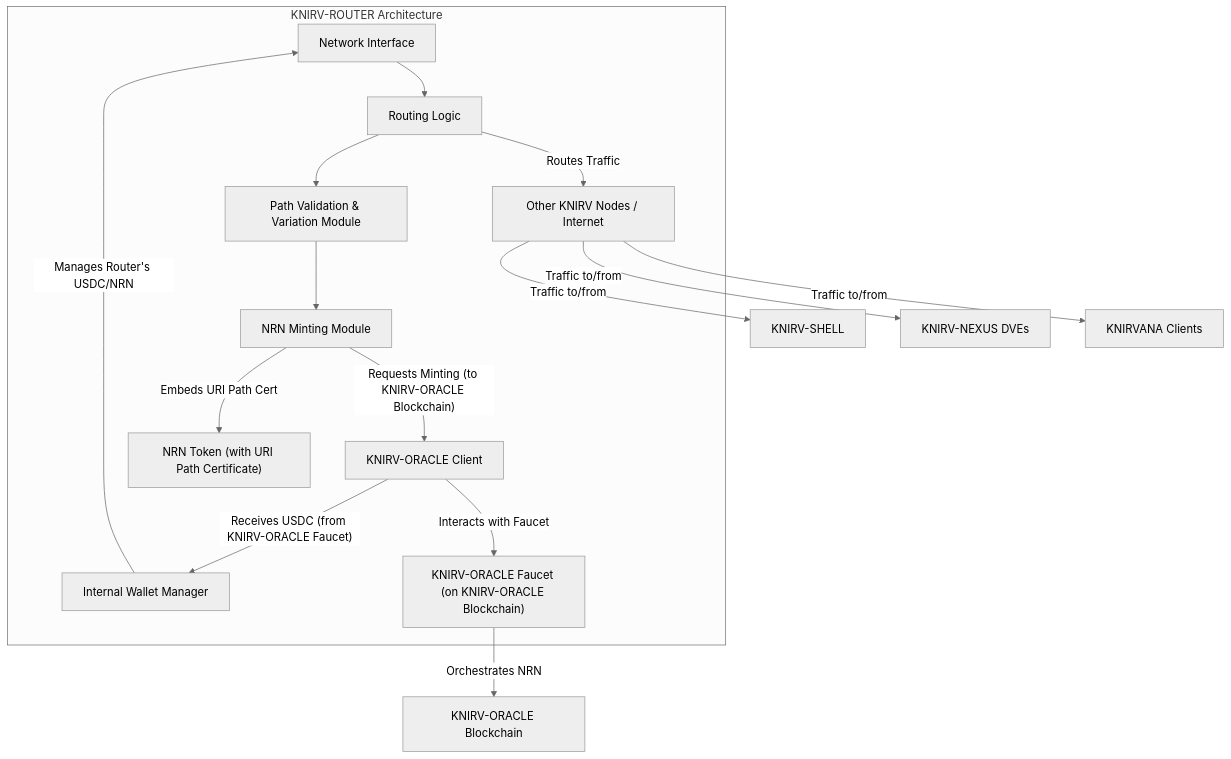
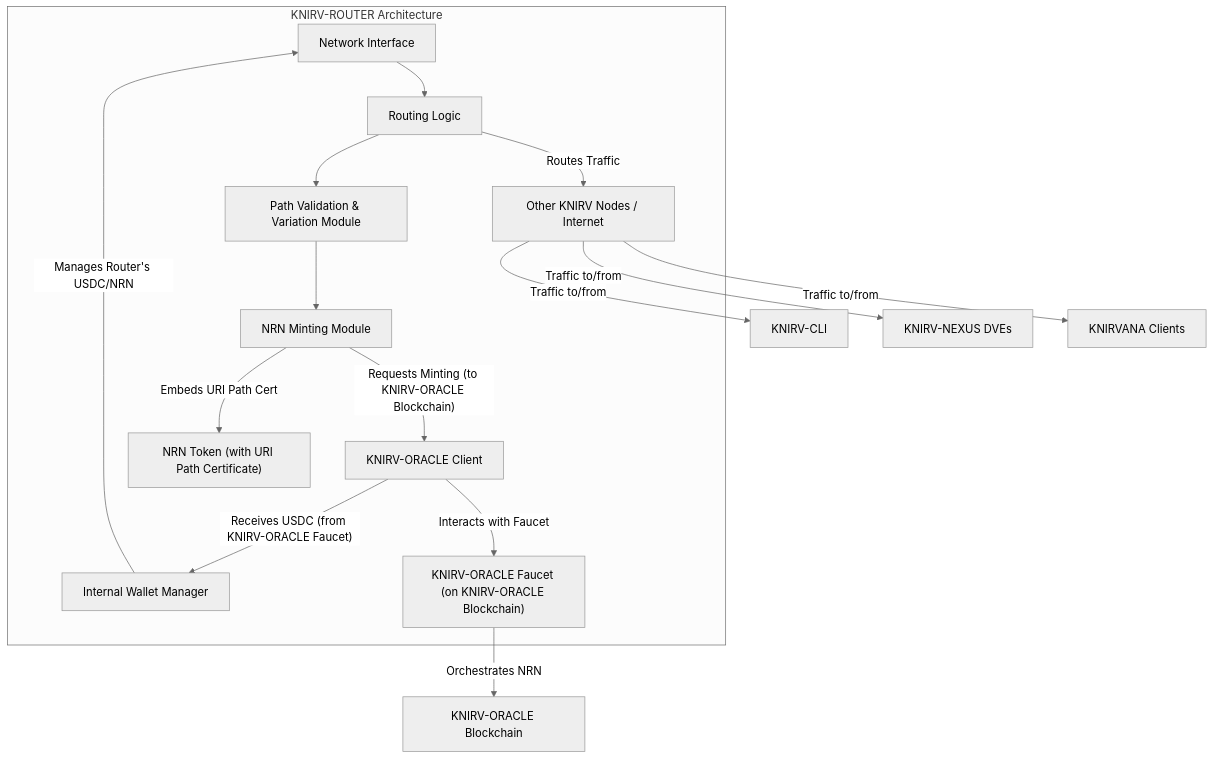
The diagram in KNIRVGATEWAY/documentation/docsify/whitepapers/KNIRV-ROUTER_Whitepaper.md (guiperry/KNIRV_NETWORK), drawn with Mermaid (neutral theme) before and after one commit. The commit also changed other lines of this file and 1506 other files, not shown here.

````diff
--- a/KNIRVGATEWAY/documentation/docsify/whitepapers/KNIRV-ROUTER_Whitepaper.md
+++ b/KNIRVGATEWAY/documentation/docsify/whitepapers/KNIRV-ROUTER_Whitepaper.md
@@ -56,20 +56,20 @@
 ```mermaid
 graph TD
     subgraph KNIRV-ROUTER Architecture
         NI[Network Interface] --> R[Routing Logic]
         R --> PV[Path Validation & Variation Module]
         PV --> NM[NRN Minting Module]
         NM -- "Requests Minting (to KNIRV-ORACLE Blockchain)" --> KRC[KNIRV-ORACLE Client]
         KRC -- "Receives USDC (from KNIRV-ORACLE Faucet)" --> WM[Internal Wallet Manager]
         WM -- "Manages Router's USDC/NRN" --> NI
 
         R -- "Routes Traffic" --> OtherNodes[Other KNIRV Nodes / Internet]
         NM -- "Embeds URI Path Cert" --> NRN_Token["NRN Token (with URI Path Certificate)"]
         KRC -- "Interacts with Faucet" --> KRF["KNIRV-ORACLE Faucet (on KNIRV-ORACLE Blockchain)"]
     end
 
-    OtherNodes -- "Traffic to/from" --> KNIRV_SHELL[KNIRV-SHELL]
+    OtherNodes -- "Traffic to/from" --> KNIRV_SHELL[KNIRV-CLI]
     OtherNodes -- "Traffic to/from" --> KNIRV_NEXUS[KNIRV-NEXUS DVEs]
     OtherNodes -- "Traffic to/from" --> KNIRVANA[KNIRVANA Clients]
     KRF -- "Orchestrates NRN" --> KNIRV_ROOT[KNIRV-ORACLE Blockchain]
 ```
````
